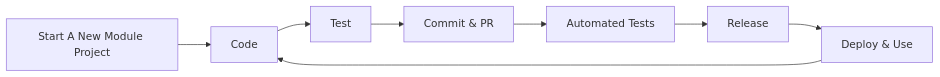
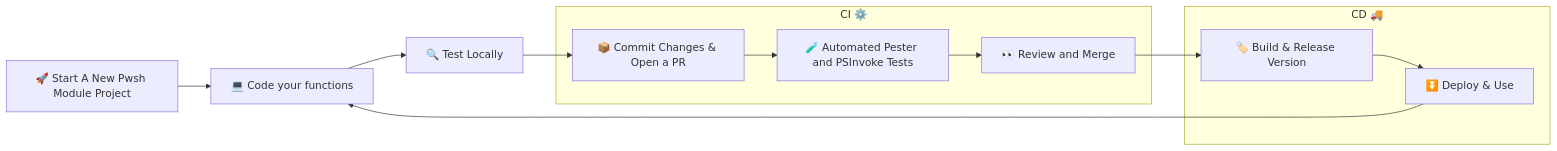
One commit to adrian-andersson/ModuleForge changed the diagram in README.md. Above: the diagram before and after it, drawn with Mermaid.

Commit message:
chore: improve workflow graph

````diff
--- a/README.md
+++ b/README.md
@@ -48,11 +48,17 @@
 ```mermaid
 
 graph LR
-  A[Start A New Module Project] --> B[Code]
-  B --> C[Test]
-  C --> D[Commit & PR]
-  D --> E[Automated Tests]
-  E --> F[Release]
-  F --> G[Deploy & Use]
-  G --> B
+  A[🚀 Start A New Pwsh Module Project] --> B[💻 Code your functions]
+  B --> C[🔍 Test Locally]
+  C --> D[📦 Commit Changes & Open a PR]
+  subgraph "CI ⚙️"
+  D --> E[🧪 Automated Pester and PSInvoke Tests]
+  E --> F[👀 Review and Merge]
+  end
+  subgraph "CD 🚚"
+  F --> G[🏷️ Build & Release Version]
+  G --> H[⏬ Deploy & Use]
+  end
+  H --> B
+
 ```
````
